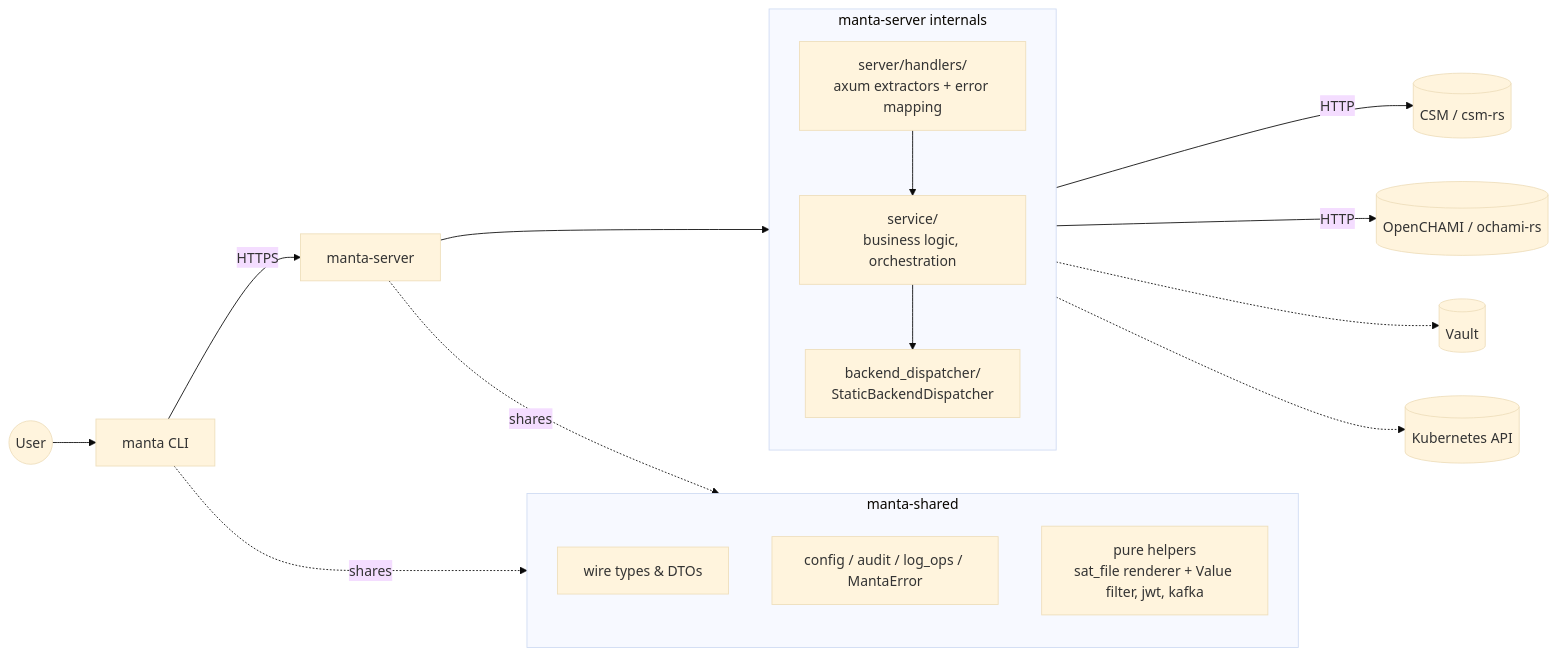
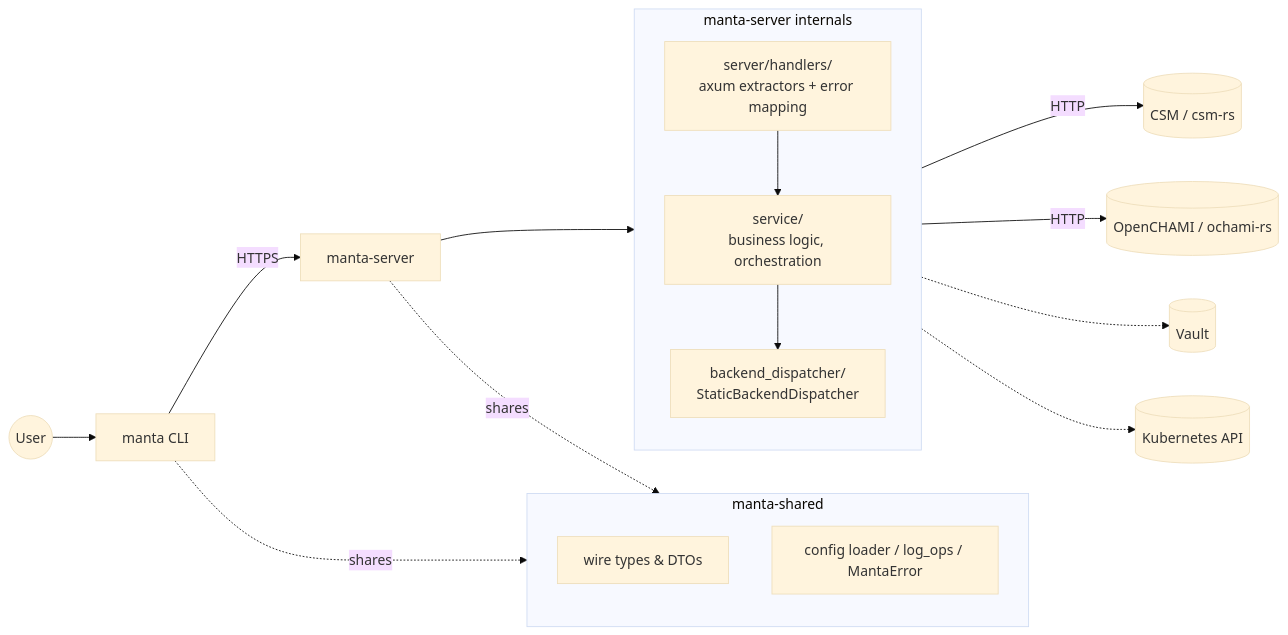
One commit to eth-cscs/manta changed the diagram in ARCHITECTURE.md. Above: the diagram before and after it, drawn with Mermaid (base theme). The commit also changed other lines of this file and 2 other files, not shown here.

First line of the commit message:
docs: refresh ARCHITECTURE, CLAUDE, and CI for this session's refactors

````diff
--- a/ARCHITECTURE.md
+++ b/ARCHITECTURE.md
@@ -37,28 +37,27 @@
 ```mermaid
 flowchart LR
   User((User)) --> CLI[manta CLI]
   CLI -->|HTTPS| Server[manta-server]
   CLI -. shares .-> Shared
   Server -. shares .-> Shared
 
   subgraph Shared[manta-shared]
     direction TB
     Wire[wire types & DTOs]
-    Common[config / audit / log_ops / MantaError]
-    Helpers[pure helpers<br/>sat_file renderer + Value filter, jwt, kafka]
+    Common[config loader / log_ops / MantaError]
   end
 
   subgraph ServerInternals[manta-server internals]
     direction TB
     Handlers[server/handlers/<br/>axum extractors + error mapping]
     Service[service/<br/>business logic, orchestration]
     Dispatcher[backend_dispatcher/<br/>StaticBackendDispatcher]
     Handlers --> Service --> Dispatcher
   end
 
   Server --> ServerInternals
   Dispatcher -->|HTTP| CSM[(CSM / csm-rs)]
   Dispatcher -->|HTTP| OCHAMI[(OpenCHAMI / ochami-rs)]
   Service -.-> Vault[(Vault)]
   Service -.-> K8s[(Kubernetes API)]
 ```
````
